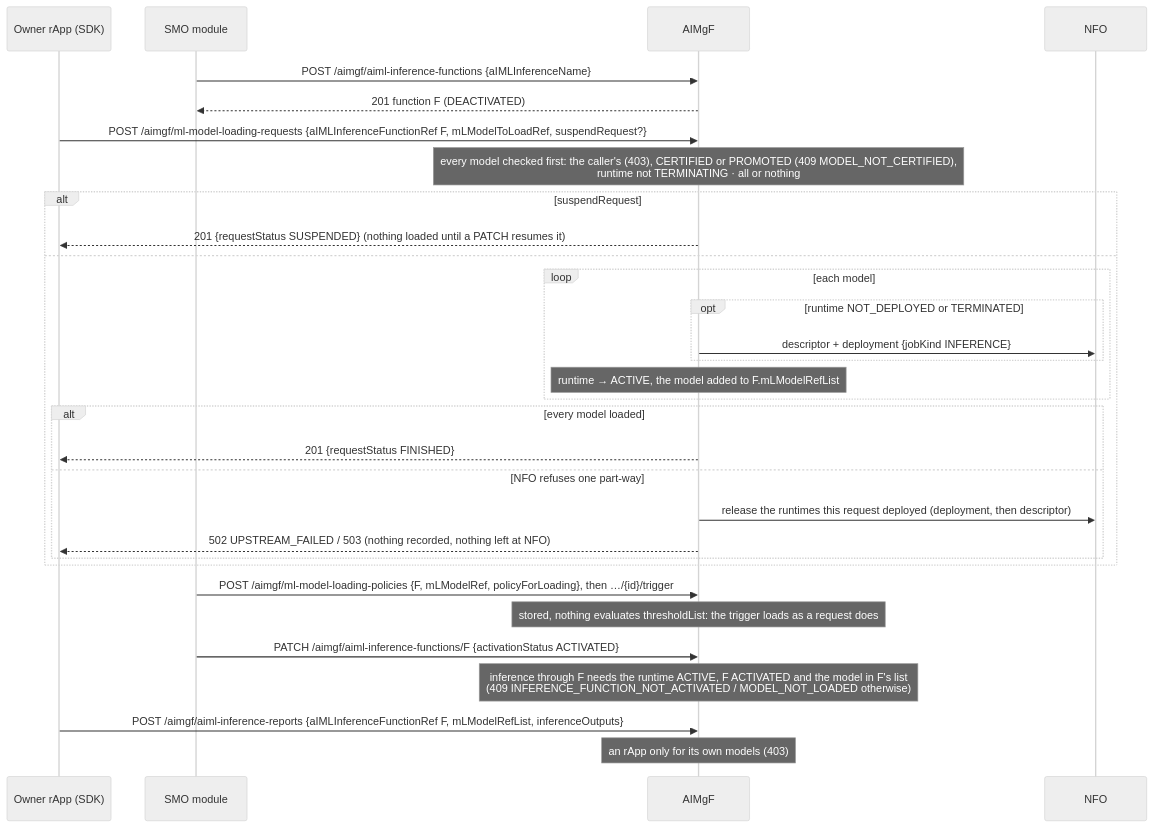
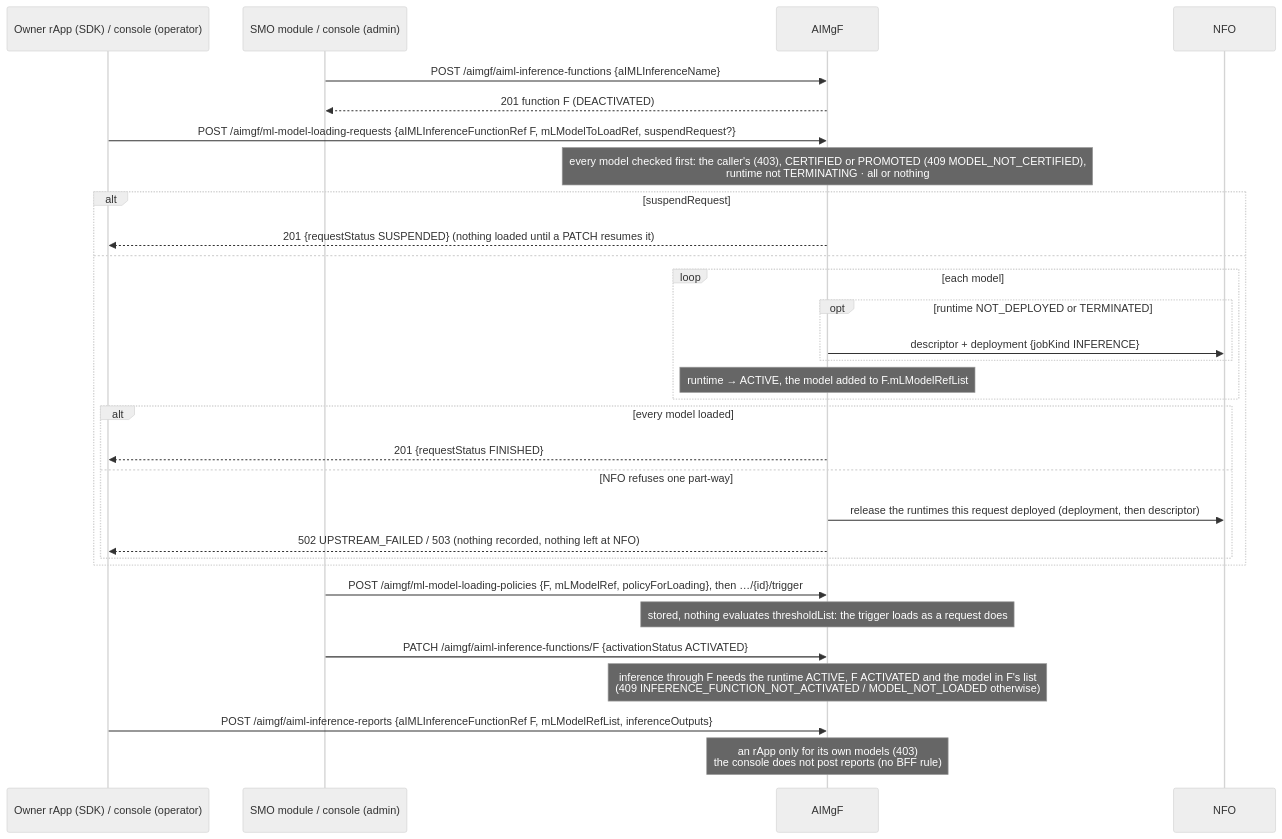
One commit to rsys-bshankar/ai-ran-smo changed the fourth of 5 diagrams in smo/docs/call-flows/27-ts28105-provisioning-resources.md. Above: the diagram before and after it, drawn with Mermaid (neutral theme). The commit also changed other lines of this file and 26 other files, not shown here.

````diff
--- a/smo/docs/call-flows/27-ts28105-provisioning-resources.md
+++ b/smo/docs/call-flows/27-ts28105-provisioning-resources.md
@@ -145,38 +155,38 @@
 ```mermaid
 sequenceDiagram
-    participant R as Owner rApp (SDK)
-    participant Op as SMO module
+    participant R as Owner rApp (SDK) / console (operator)
+    participant Op as SMO module / console (admin)
     participant AIM as AIMgF
     participant NFO as NFO
 
     Op->>AIM: POST /aimgf/aiml-inference-functions {aIMLInferenceName}
     AIM-->>Op: 201 function F (DEACTIVATED)
 
     R->>AIM: POST /aimgf/ml-model-loading-requests {aIMLInferenceFunctionRef F, mLModelToLoadRef, suspendRequest?}
     Note over AIM: every model checked first: the caller's (403), CERTIFIED or PROMOTED (409 MODEL_NOT_CERTIFIED),<br/>runtime not TERMINATING · all or nothing
     alt suspendRequest
         AIM-->>R: 201 {requestStatus SUSPENDED} (nothing loaded until a PATCH resumes it)
     else
         loop each model
             opt runtime NOT_DEPLOYED or TERMINATED
                 AIM->>NFO: descriptor + deployment {jobKind INFERENCE}
             end
             Note over AIM: runtime → ACTIVE, the model added to F.mLModelRefList
         end
         alt every model loaded
             AIM-->>R: 201 {requestStatus FINISHED}
         else NFO refuses one part-way
             AIM->>NFO: release the runtimes this request deployed (deployment, then descriptor)
             AIM-->>R: 502 UPSTREAM_FAILED / 503 (nothing recorded, nothing left at NFO)
         end
     end
 
     Op->>AIM: POST /aimgf/ml-model-loading-policies {F, mLModelRef, policyForLoading}, then …/{id}/trigger
     Note over AIM: stored, nothing evaluates thresholdList: the trigger loads as a request does
 
     Op->>AIM: PATCH /aimgf/aiml-inference-functions/F {activationStatus ACTIVATED}
     Note over AIM: inference through F needs the runtime ACTIVE, F ACTIVATED and the model in F's list<br/>(409 INFERENCE_FUNCTION_NOT_ACTIVATED / MODEL_NOT_LOADED otherwise)
 
     R->>AIM: POST /aimgf/aiml-inference-reports {aIMLInferenceFunctionRef F, mLModelRefList, inferenceOutputs}
-    Note over AIM: an rApp only for its own models (403)
+    Note over AIM: an rApp only for its own models (403)<br/>the console does not post reports (no BFF rule)
 ```
````
